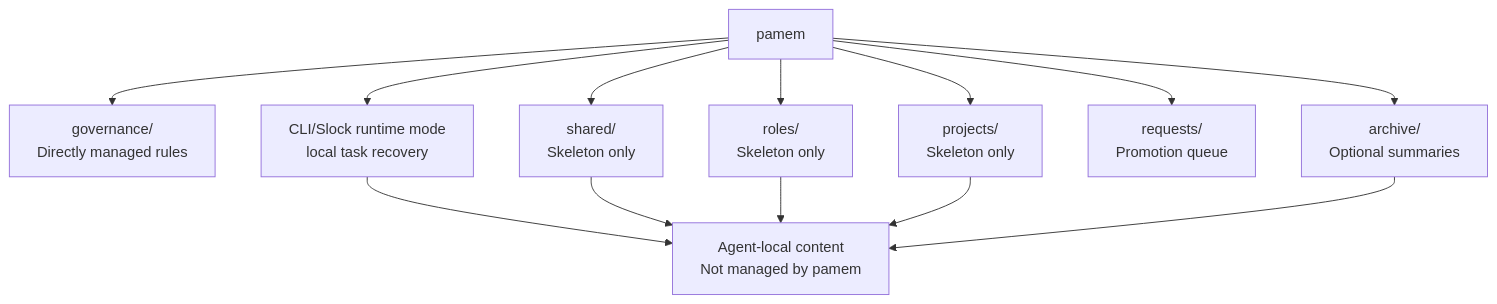
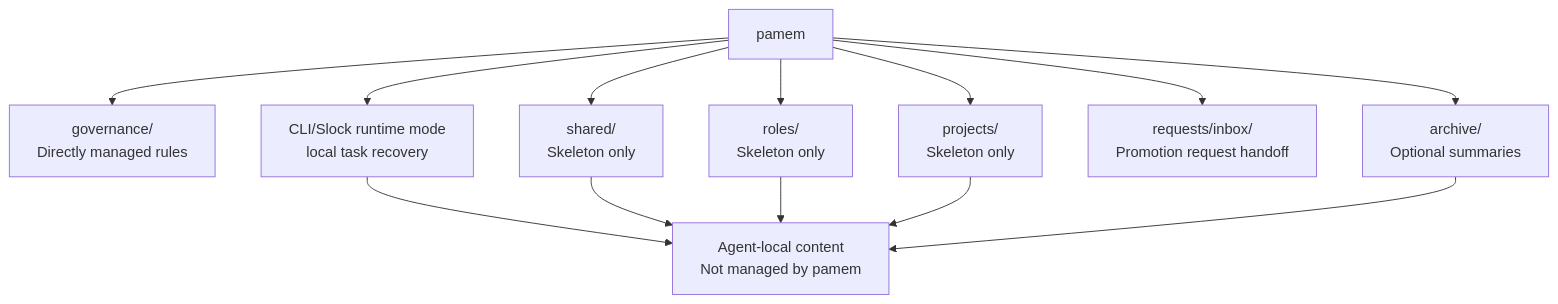
Before and after one commit to PHLens/pamem: the second of 2 diagrams in DESIGN.md, drawn with Mermaid. The commit also changed other lines of this file and 15 other files, not shown here.

````diff
--- a/DESIGN.md
+++ b/DESIGN.md
@@ -116,25 +116,25 @@
 ```mermaid
 flowchart TD
     P["pamem"]
     G["governance/<br/>Directly managed rules"]
     S["shared/<br/>Skeleton only"]
     R["roles/<br/>Skeleton only"]
     PR["projects/<br/>Skeleton only"]
     A["archive/<br/>Optional summaries"]
-    Q["requests/<br/>Promotion queue"]
+    Q["requests/inbox/<br/>Promotion request handoff"]
     CLI["CLI/Slock runtime mode<br/>local task recovery"]
     C["Agent-local content<br/>Not managed by pamem"]
 
     P --> G
     P --> S
     P --> R
     P --> PR
     P --> A
     P --> Q
     P --> CLI
     CLI --> C
     S --> C
     R --> C
     PR --> C
     A --> C
 ```
````
